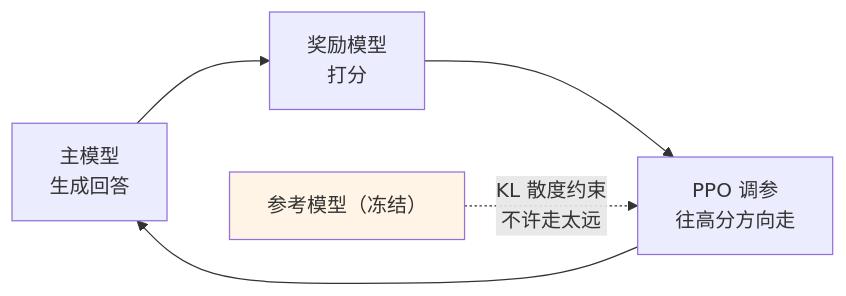
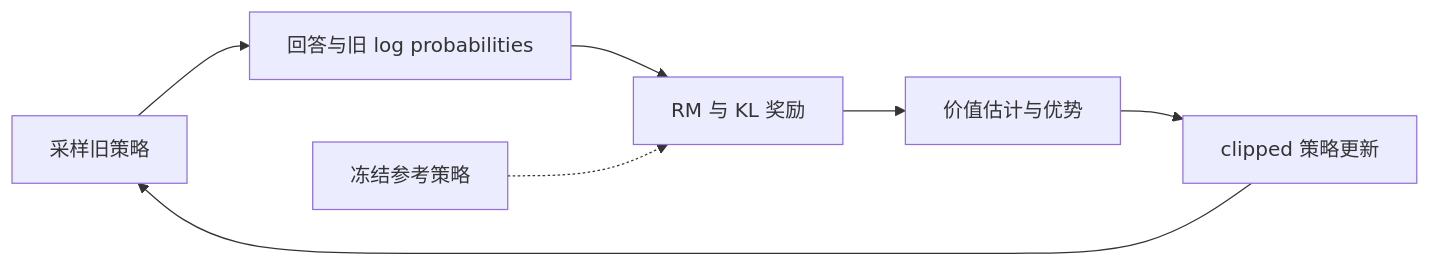
The first of 2 diagrams in docs/llm/02-training-alignment/11-dpo-vs-ppo.md (oneleaveknowsthefall/awesome-ai-roadmap), drawn with Mermaid before and after one commit. The commit also changed other lines of this file and 45 other files, not shown here.

````diff
--- a/docs/llm/02-training-alignment/11-dpo-vs-ppo.md
+++ b/docs/llm/02-training-alignment/11-dpo-vs-ppo.md
@@ -26,9 +99,9 @@
 ```mermaid
 flowchart LR
-    P["主模型<br/>生成回答"] --> RM["奖励模型<br/>打分"]
-    RM --> PPO["PPO 调参<br/>往高分方向走"]
+    P["采样旧策略"] --> DATA["回答与旧 log probabilities"]
+    DATA --> R["RM 与 KL 奖励"]
+    R --> V["价值估计与优势"]
+    V --> PPO["clipped 策略更新"]
     PPO --> P
-    REF["参考模型（冻结）"] -.->|KL 散度约束<br/>不许走太远| PPO
-
-    style REF fill:#fff4e5
+    REF["冻结参考策略"] -.-> R
 ```
````
